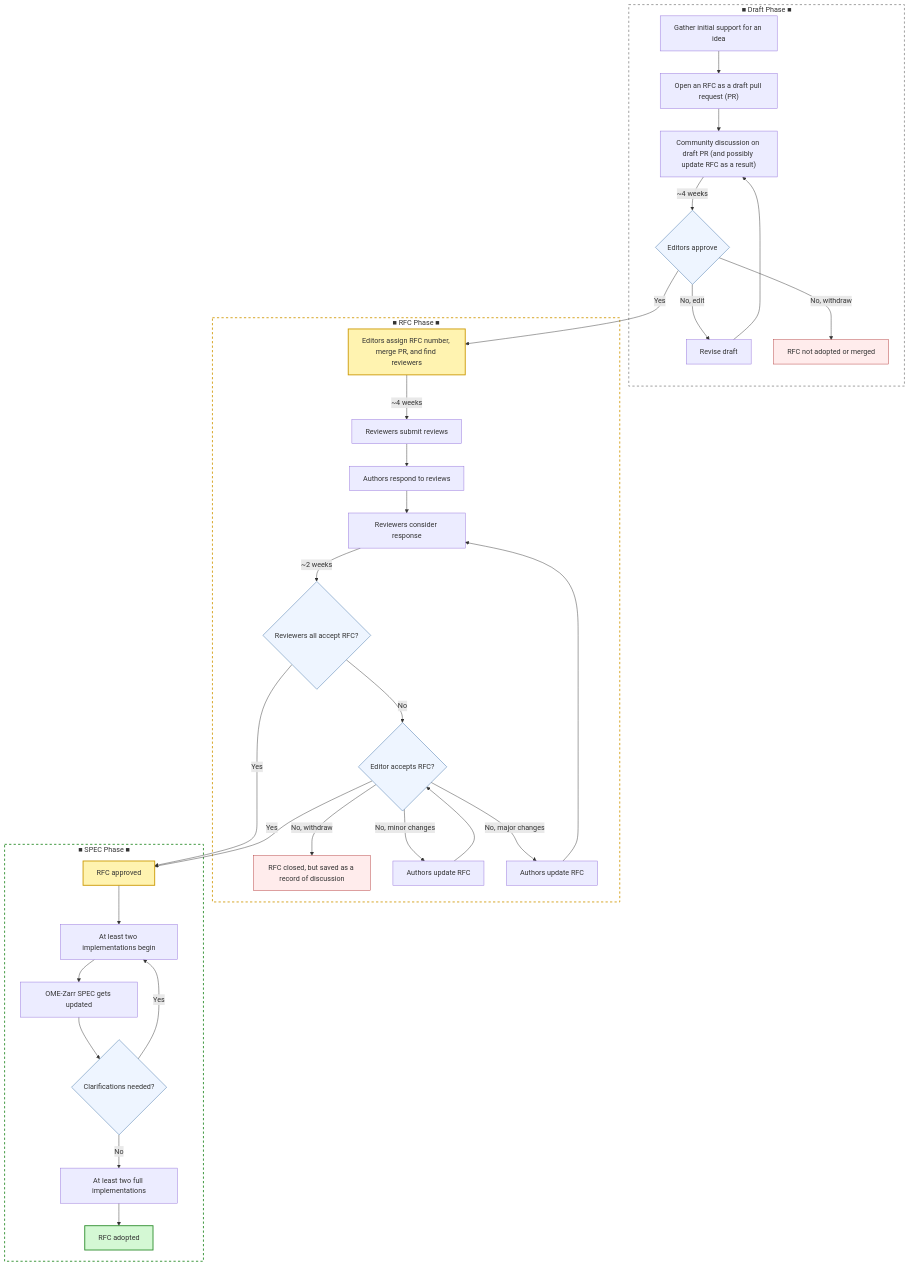
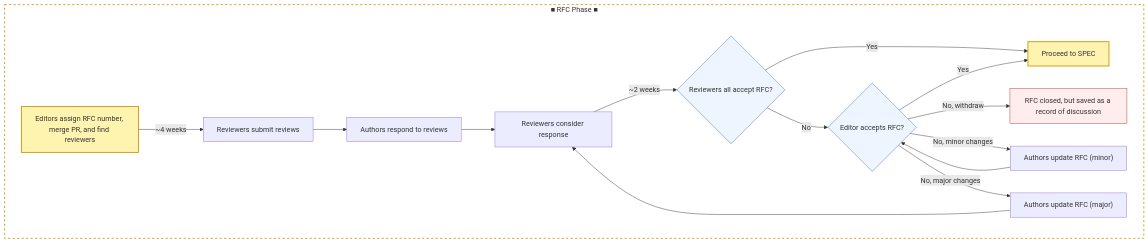
Before and after one commit to ome/ngff: the second of 3 diagrams in resources/process/index.md, drawn with Mermaid.

Commit message:
Improve wording + style on mermaid
Aligned better the text with RFC 1
Added colors
Single graph rendered weirdly, unreadable.Divided the graph in 3 to try and improve readability (mixed success)

````diff
--- a/resources/process/index.md
+++ b/resources/process/index.md
@@ -107,82 +139,39 @@
 ```mermaid
 flowchart TD
 
-%% =========================
-%% Draft Phase
-%% =========================
-subgraph DRAFT [■ Draft Phase ■]
-  plan --> open --> discuss_draft -->|~4 weeks| draft_approve
-
-  draft_approve -->|No, edit| revise_draft --> discuss_draft
-  draft_approve -->|No, withdraw| close
-
-  plan["Gather initial support for an idea"]
-  open["Open an RFC as a draft pull request (PR)"]
-  discuss_draft["Community discussion on draft PR (and possibly update RFC as a result)"]
-  draft_approve{"Editors approve"}
-  revise_draft["Revise draft"]
-  close["RFC not adopted or merged"]
-end
-
-%% =========================
-%% RFC Phase
-%% =========================
 subgraph RFC [■ RFC Phase ■]
-  draft_approve -->|Yes| editor_assign
-  editor_assign -->|~4 weeks| review --> respond --> re_review -->|~2 weeks| review_decision
-
-  review_decision -->|No| editor_decision
-
-  editor_decision -->|No, withdraw| close_after_review
-  editor_decision -->|No, minor changes| minor_changes --> editor_decision
-  editor_decision -->|No, major changes| major_changes --> re_review
 
   editor_assign["Editors assign RFC number, merge PR, and find reviewers"]
   review["Reviewers submit reviews"]
   respond["Authors respond to reviews"]
   re_review["Reviewers consider response"]
   review_decision{"Reviewers all accept RFC?"}
   editor_decision{"Editor accepts RFC?"}
-  minor_changes["Authors update RFC"]
-  major_changes["Authors update RFC"]
+  minor_changes["Authors update RFC (minor)"]
+  major_changes["Authors update RFC (major)"]
   close_after_review["RFC closed, but saved as a record of discussion"]
+  rfc_approve["Proceed to SPEC"]
+
+  editor_assign -->|~4 weeks| review --> respond --> re_review -->|~2 weeks| review_decision
+
+  review_decision -->|No| editor_decision
+  review_decision -->|Yes| rfc_approve
+
+  editor_decision -->|No, withdraw| close_after_review
+  editor_decision -->|No, minor changes| minor_changes --> editor_decision
+  editor_decision -->|No, major changes| major_changes --> re_review
+  editor_decision -->|Yes| rfc_approve
+
 end
 
-%% =========================
-%% SPEC Phase
-%% =========================
-subgraph SPEC [■ SPEC Phase ■]
-  review_decision -->|Yes| rfc_approve
-  editor_decision -->|Yes| rfc_approve
+%% Styling
 
-  rfc_approve --> first_implement --> rfc_accept --> clarifications
-  clarifications -->|Yes| first_implement
-  clarifications -->|No| general_adopt --> adopt
-
-  rfc_approve["RFC approved"]
-  first_implement["At least two implementations begin"]
-  rfc_accept["OME-Zarr SPEC gets updated"]
-  clarifications{"Clarifications needed?"}
-  general_adopt["At least two full implementations"]
-  adopt["RFC adopted"]
-end
-
-%% =========================
-%% Styling
-%% =========================
 classDef approval fill:#fff3b0,stroke:#cc9a06,stroke-width:2px
 class rfc_approve,editor_assign approval
+classDef decision fill:#eef5ff,stroke:#3b6ea5,stroke-width:1px
+class review_decision,editor_decision decision
+classDef endstate fill:#ffecec,stroke:#b33a3a,stroke-width:1px
+class close_after_review endstate
 
-style adopt fill:#d4f8d4,stroke:#2f8f2f,stroke-width:2px
-
-classDef decision fill:#eef5ff,stroke:#3b6ea5,stroke-width:1px
-class draft_approve,review_decision,editor_decision,clarifications decision
-
-classDef endstate fill:#ffecec,stroke:#b33a3a,stroke-width:1px
-class close,close_after_review endstate
-
-style DRAFT fill:#ffffff,stroke:#999999,stroke-width:2px,stroke-dasharray: 5 5
-style RFC   fill:#ffffff,stroke:#d4a017,stroke-width:2px,stroke-dasharray: 5 5
-style SPEC  fill:#ffffff,stroke:#2f8f2f,stroke-width:2px,stroke-dasharray: 5 5
-
+style RFC fill:#ffffff,stroke:#d4a017,stroke-width:2px,stroke-dasharray: 5 5
 ```
````
